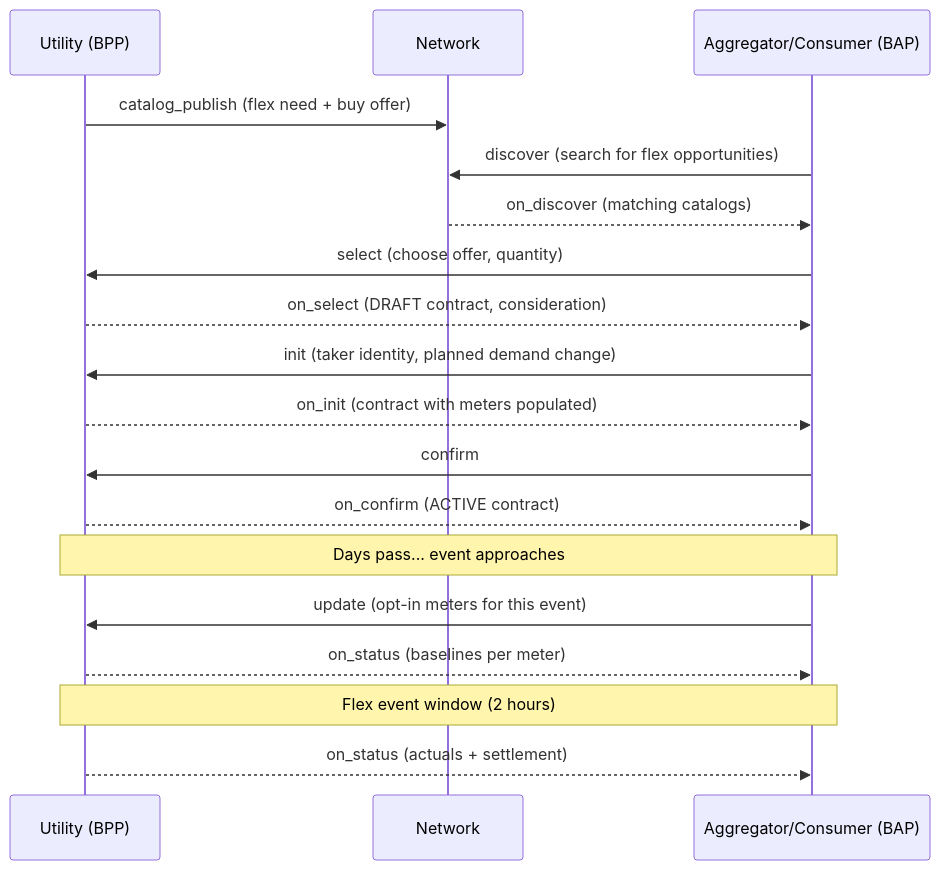
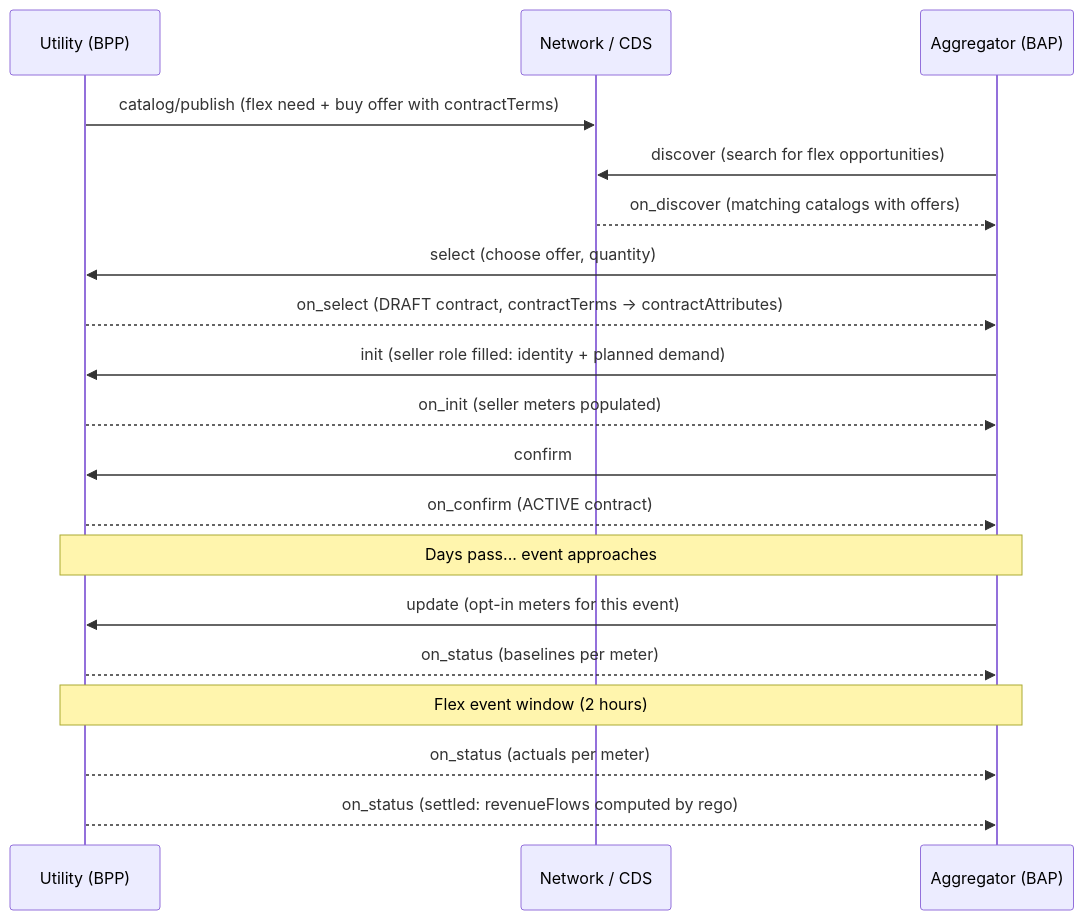
The diagram in docs/implementation-guides/v2/Demand_Flexibility/Demand_Flexibility.md (beckn/DEG), drawn with Mermaid before and after one commit. The commit also changed other lines of this file and 2 other files, not shown here.

Commit message:
update IG and add discover examples

````diff
--- a/docs/implementation-guides/v2/Demand_Flexibility/Demand_Flexibility.md
+++ b/docs/implementation-guides/v2/Demand_Flexibility/Demand_Flexibility.md
@@ -66,25 +70,26 @@
 ```mermaid
 sequenceDiagram
     participant U as Utility (BPP)
-    participant N as Network
-    participant A as Aggregator/Consumer (BAP)
+    participant N as Network / CDS
+    participant A as Aggregator (BAP)
 
-    U->>N: catalog_publish (flex need + buy offer)
+    U->>N: catalog/publish (flex need + buy offer with contractTerms)
     A->>N: discover (search for flex opportunities)
-    N-->>A: on_discover (matching catalogs)
+    N-->>A: on_discover (matching catalogs with offers)
     A->>U: select (choose offer, quantity)
-    U-->>A: on_select (DRAFT contract, consideration)
-    A->>U: init (taker identity, planned demand change)
-    U-->>A: on_init (contract with meters populated)
+    U-->>A: on_select (DRAFT contract, contractTerms → contractAttributes)
+    A->>U: init (seller role filled: identity + planned demand)
+    U-->>A: on_init (seller meters populated)
     A->>U: confirm
     U-->>A: on_confirm (ACTIVE contract)
 
     Note over A,U: Days pass... event approaches
 
     A->>U: update (opt-in meters for this event)
     U-->>A: on_status (baselines per meter)
 
     Note over A,U: Flex event window (2 hours)
 
-    U-->>A: on_status (actuals + settlement)
+    U-->>A: on_status (actuals per meter)
+    U-->>A: on_status (settled: revenueFlows computed by rego)
 ```
````
